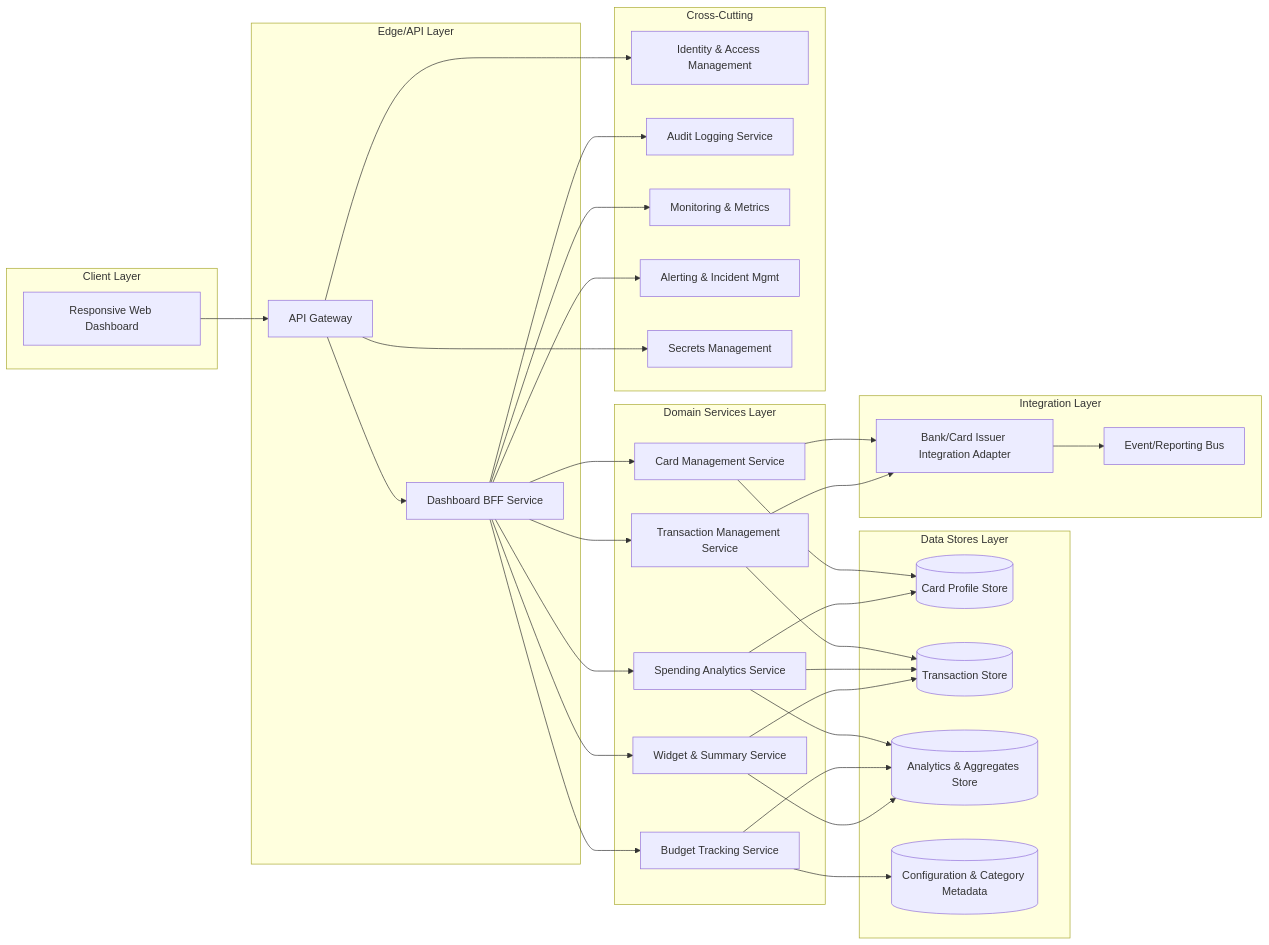
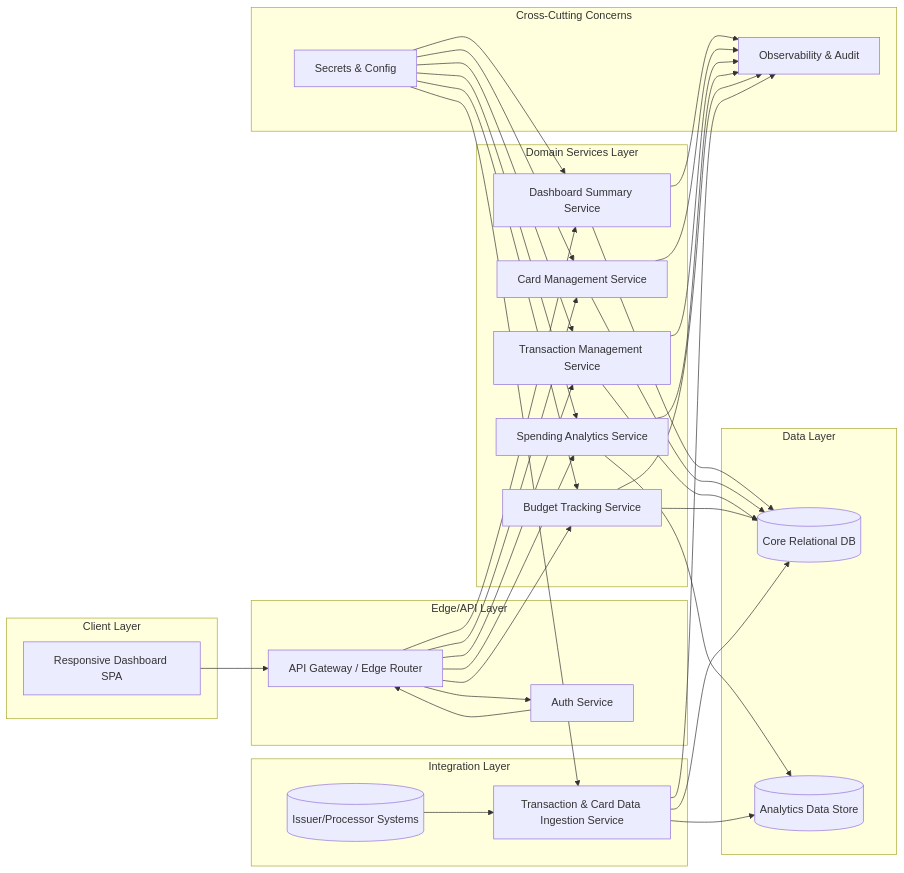
Before and after one commit to Davamani-git/APB_Demo: the diagram in HLD/QE-3301_HLD.md, drawn with Mermaid. The commit also changed other lines of this file, not shown here.

````diff
--- a/HLD/QE-3301_HLD.md
+++ b/HLD/QE-3301_HLD.md
@@ -19,73 +45,68 @@
 ```mermaid
 flowchart LR
-    subgraph ClientLayer[Client Layer]
-        WebUI[Responsive Web Dashboard]
+    subgraph Client_Layer[Client Layer]
+        UI[Responsive Dashboard SPA]
     end
 
-    subgraph EdgeLayer[Edge/API Layer]
-        APIGW[API Gateway]
-        BFF[Dashboard BFF Service]
+    subgraph Edge_Layer[Edge/API Layer]
+        APIGW[API Gateway / Edge Router]
+        AUTH[Auth Service]
     end
 
-    subgraph DomainLayer[Domain Services Layer]
-        CardSvc[Card Management Service]
-        TxnSvc[Transaction Management Service]
-        AnalyticsSvc[Spending Analytics Service]
-        BudgetSvc[Budget Tracking Service]
-        WidgetSvc[Widget & Summary Service]
+    subgraph Domain_Services[Domain Services Layer]
+        DASH[Dashboard Summary Service]
+        CARD[Card Management Service]
+        TX[Transaction Management Service]
+        ANALYTICS[Spending Analytics Service]
+        BUDGET[Budget Tracking Service]
     end
 
-    subgraph DataLayer[Data Stores Layer]
-        CardDB[(Card Profile Store)]
-        TxnDB[(Transaction Store)]
-        AnalyticsDB[(Analytics & Aggregates Store)]
-        ConfigDB[(Configuration & Category Metadata)]
+    subgraph Data_Layer[Data Layer]
+        DB_CORE[(Core Relational DB)]
+        DB_ANALYTICS[(Analytics Data Store)]
     end
 
-    subgraph IntegrationLayer[Integration Layer]
-        BankAdapter[Bank/Card Issuer Integration Adapter]
-        ReportingBus[Event/Reporting Bus]
+    subgraph Integration_Layer[Integration Layer]
+        INGEST[Transaction & Card Data Ingestion Service]
+        UPSTREAM[(Issuer/Processor Systems)]
     end
 
-    subgraph CrossCutting[Cross-Cutting]
-        IAM[Identity & Access Management]
-        Audit[Audit Logging Service]
-        Metrics[Monitoring & Metrics]
-        Alerts[Alerting & Incident Mgmt]
-        Secrets[Secrets Management]
+    subgraph Cross_Cutting[Cross-Cutting Concerns]
+        OBS[Observability & Audit]
+        SEC[Secrets & Config]
     end
 
-    WebUI --> APIGW
-    APIGW --> BFF
+    UI --> APIGW
+    APIGW --> AUTH
+    AUTH --> APIGW
 
-    BFF --> CardSvc
-    BFF --> TxnSvc
-    BFF --> AnalyticsSvc
-    BFF --> BudgetSvc
-    BFF --> WidgetSvc
+    APIGW --> DASH
+    APIGW --> CARD
+    APIGW --> TX
+    APIGW --> ANALYTICS
+    APIGW --> BUDGET
 
-    CardSvc --> CardDB
-    TxnSvc --> TxnDB
+    DASH --> DB_CORE
+    CARD --> DB_CORE
+    TX --> DB_CORE
+    ANALYTICS --> DB_ANALYTICS
+    BUDGET --> DB_CORE
 
-    AnalyticsSvc --> TxnDB
-    AnalyticsSvc --> CardDB
-    AnalyticsSvc --> AnalyticsDB
+    INGEST --> DB_CORE
+    INGEST --> DB_ANALYTICS
+    UPSTREAM --> INGEST
 
-    BudgetSvc --> AnalyticsDB
-    BudgetSvc --> ConfigDB
+    DASH --> OBS
+    CARD --> OBS
+    TX --> OBS
+    ANALYTICS --> OBS
+    BUDGET --> OBS
+    INGEST --> OBS
 
-    WidgetSvc --> AnalyticsDB
-    WidgetSvc --> TxnDB
-
-    CardSvc --> BankAdapter
-    TxnSvc --> BankAdapter
-
-    BankAdapter --> ReportingBus
-
-    BFF --> Audit
-    BFF --> Metrics
-    BFF --> Alerts
-
-    APIGW --> IAM
-    APIGW --> Secrets
+    SEC --> DASH
+    SEC --> CARD
+    SEC --> TX
+    SEC --> ANALYTICS
+    SEC --> BUDGET
+    SEC --> INGEST
 ```
````
